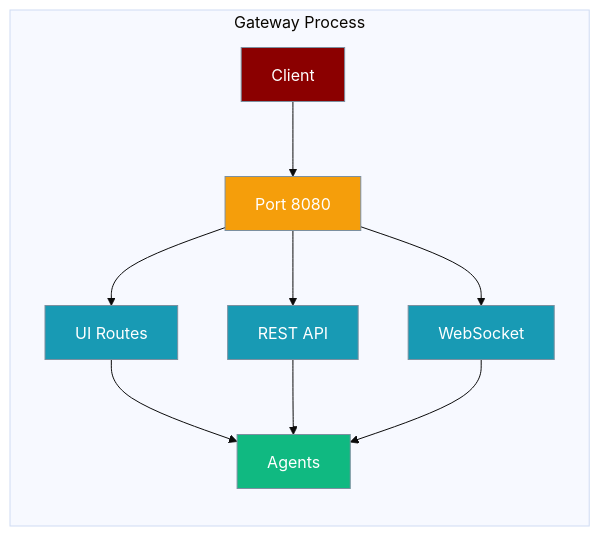
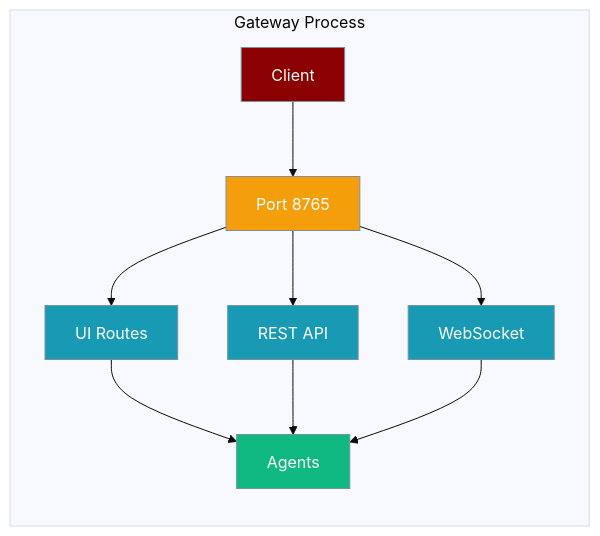
The third of 4 diagrams in docs/features/integration-patterns.mdx (MervinPraison/PraisonAIDocs), drawn with Mermaid (base theme) before and after one commit. The commit also changed other lines of this file and 8 other files, not shown here.

````diff
--- a/docs/features/integration-patterns.mdx
+++ b/docs/features/integration-patterns.mdx
@@ -84,22 +84,22 @@
 ```mermaid
 graph LR
     subgraph "Gateway Process"
-        A[Client] --> B[Port 8080]
+        A[Client] --> B[Port 8765]
         B --> C[UI Routes]
         B --> D[REST API]
         B --> E[WebSocket]
         C --> F[Agents]
         D --> F
         E --> F
     end
     
     classDef client fill:#8B0000,stroke:#7C90A0,color:#fff
     classDef port fill:#F59E0B,stroke:#7C90A0,color:#fff
     classDef service fill:#189AB4,stroke:#7C90A0,color:#fff
     classDef agent fill:#10B981,stroke:#7C90A0,color:#fff
     
     class A client
     class B port
     class C,D,E service
     class F agent
 ```
````
